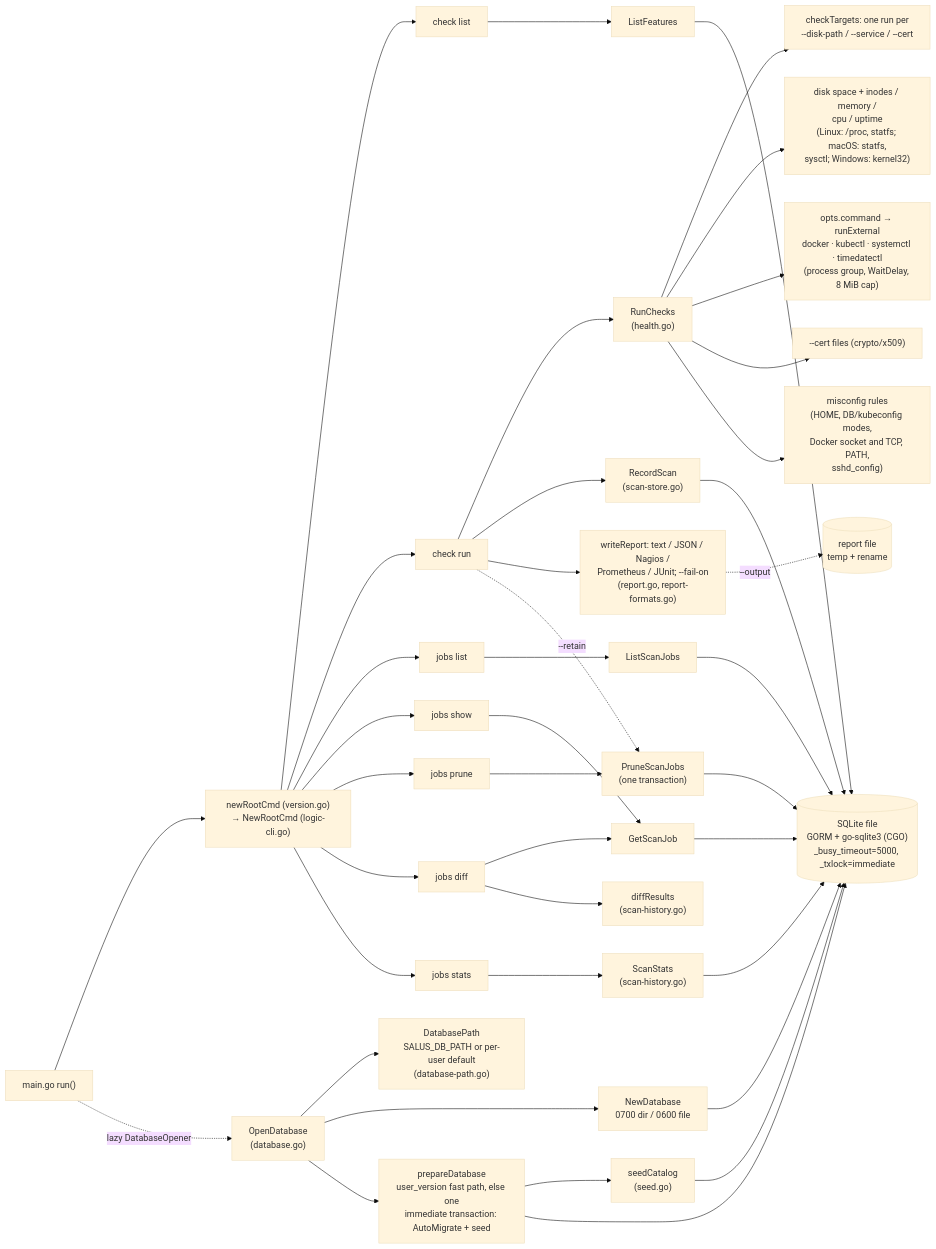
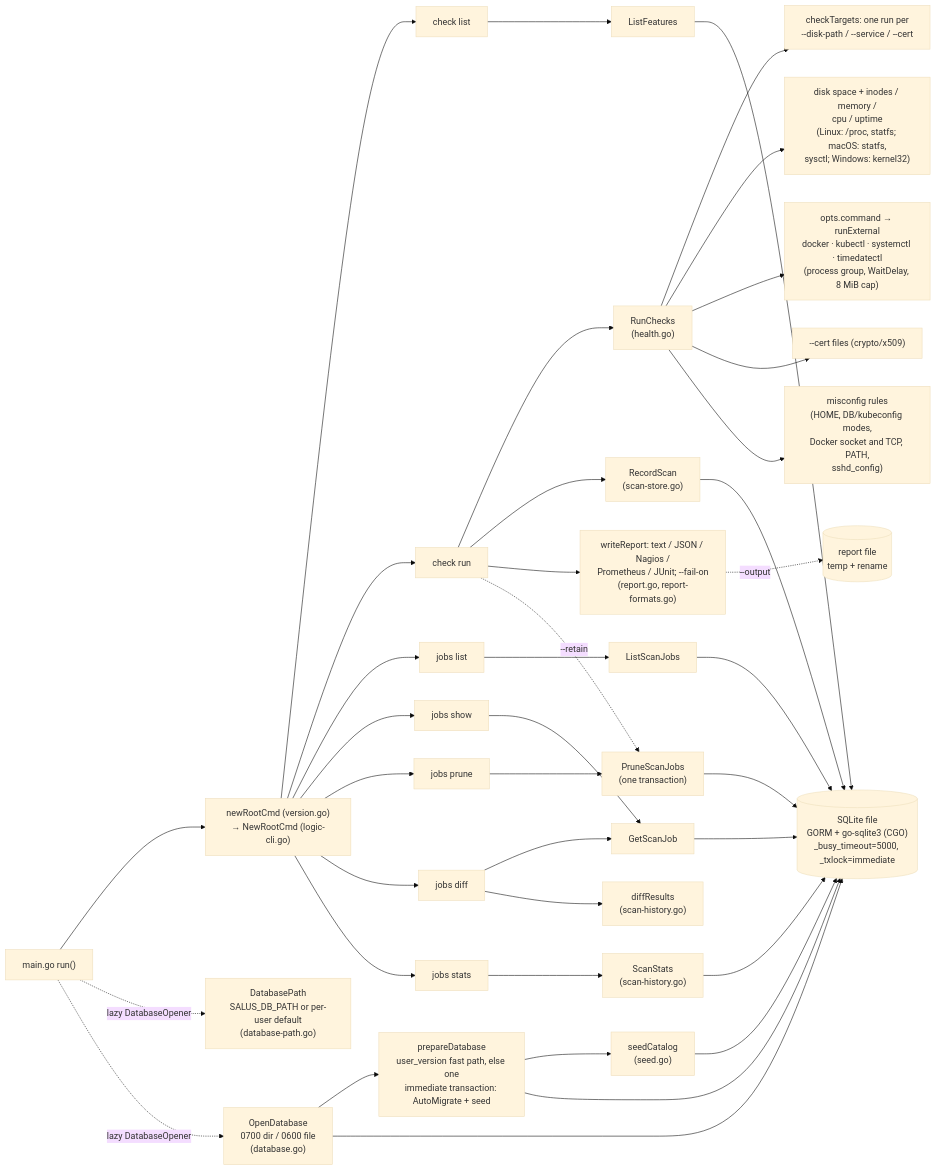
Before and after one commit to jabbott-iii/Salus: the first of 3 diagrams in intel/map.md, drawn with Mermaid (base theme). The commit also changed other lines of this file and 11 other files, not shown here.

````diff
--- a/intel/map.md
+++ b/intel/map.md
@@ -119,46 +123,45 @@
 ```mermaid
 flowchart LR
     main["main.go run()"] --> Root["newRootCmd (version.go)<br/>→ NewRootCmd (logic-cli.go)"]
-    main -. "lazy DatabaseOpener" .-> Open["OpenDatabase<br/>(database.go)"]
-    Open --> dbpath["DatabasePath<br/>SALUS_DB_PATH or per-user default<br/>(database-path.go)"]
-    Open --> NewDatabase["NewDatabase<br/>0700 dir / 0600 file"]
+    main -. "lazy DatabaseOpener" .-> dbpath["DatabasePath<br/>SALUS_DB_PATH or per-user default<br/>(database-path.go)"]
+    main -. "lazy DatabaseOpener" .-> Open["OpenDatabase<br/>0700 dir / 0600 file<br/>(database.go)"]
     Open --> Prepare["prepareDatabase<br/>user_version fast path, else one<br/>immediate transaction: AutoMigrate + seed"]
     Prepare --> Seed["seedCatalog<br/>(seed.go)"]
 
     Root --> CheckList["check list"]
     Root --> CheckRun["check run"]
     Root --> JobsList["jobs list"]
     Root --> JobsShow["jobs show"]
     Root --> JobsPrune["jobs prune"]
     Root --> JobsDiff["jobs diff"]
     Root --> JobsStats["jobs stats"]
 
     CheckRun --> RunChecks["RunChecks<br/>(health.go)"]
     CheckRun --> RecordScan["RecordScan<br/>(scan-store.go)"]
     CheckRun --> Report["writeReport: text / JSON / Nagios /<br/>Prometheus / JUnit; --fail-on<br/>(report.go, report-formats.go)"]
     Report -. "--output" .-> OutFile[("report file<br/>temp + rename")]
     CheckRun -. "--retain" .-> PruneScanJobs
     CheckList --> ListFeatures
     JobsList --> ListScanJobs
     JobsShow --> GetScanJob
     JobsPrune --> PruneScanJobs["PruneScanJobs<br/>(one transaction)"]
     JobsDiff --> GetScanJob
     JobsDiff --> Diff["diffResults<br/>(scan-history.go)"]
     JobsStats --> ScanStats["ScanStats<br/>(scan-history.go)"]
 
     RunChecks --> Targets["checkTargets: one run per<br/>--disk-path / --service / --cert"]
     RunChecks --> Resources["disk space + inodes / memory /<br/>cpu / uptime<br/>(Linux: /proc, statfs; macOS: statfs,<br/>sysctl; Windows: kernel32)"]
     RunChecks --> Exec["opts.command → runExternal<br/>docker · kubectl · systemctl · timedatectl<br/>(process group, WaitDelay, 8 MiB cap)"]
     RunChecks --> Files["--cert files (crypto/x509)"]
     RunChecks --> Misconfig["misconfig rules<br/>(HOME, DB/kubeconfig modes,<br/>Docker socket and TCP, PATH,<br/>sshd_config)"]
 
-    NewDatabase --> SQLite[("SQLite file<br/>GORM + go-sqlite3 (CGO)<br/>_busy_timeout=5000, _txlock=immediate")]
+    Open --> SQLite[("SQLite file<br/>GORM + go-sqlite3 (CGO)<br/>_busy_timeout=5000, _txlock=immediate")]
     Prepare --> SQLite
     Seed --> SQLite
     RecordScan --> SQLite
     ListFeatures --> SQLite
     ListScanJobs --> SQLite
     GetScanJob --> SQLite
     PruneScanJobs --> SQLite
     ScanStats --> SQLite
 ```
````
